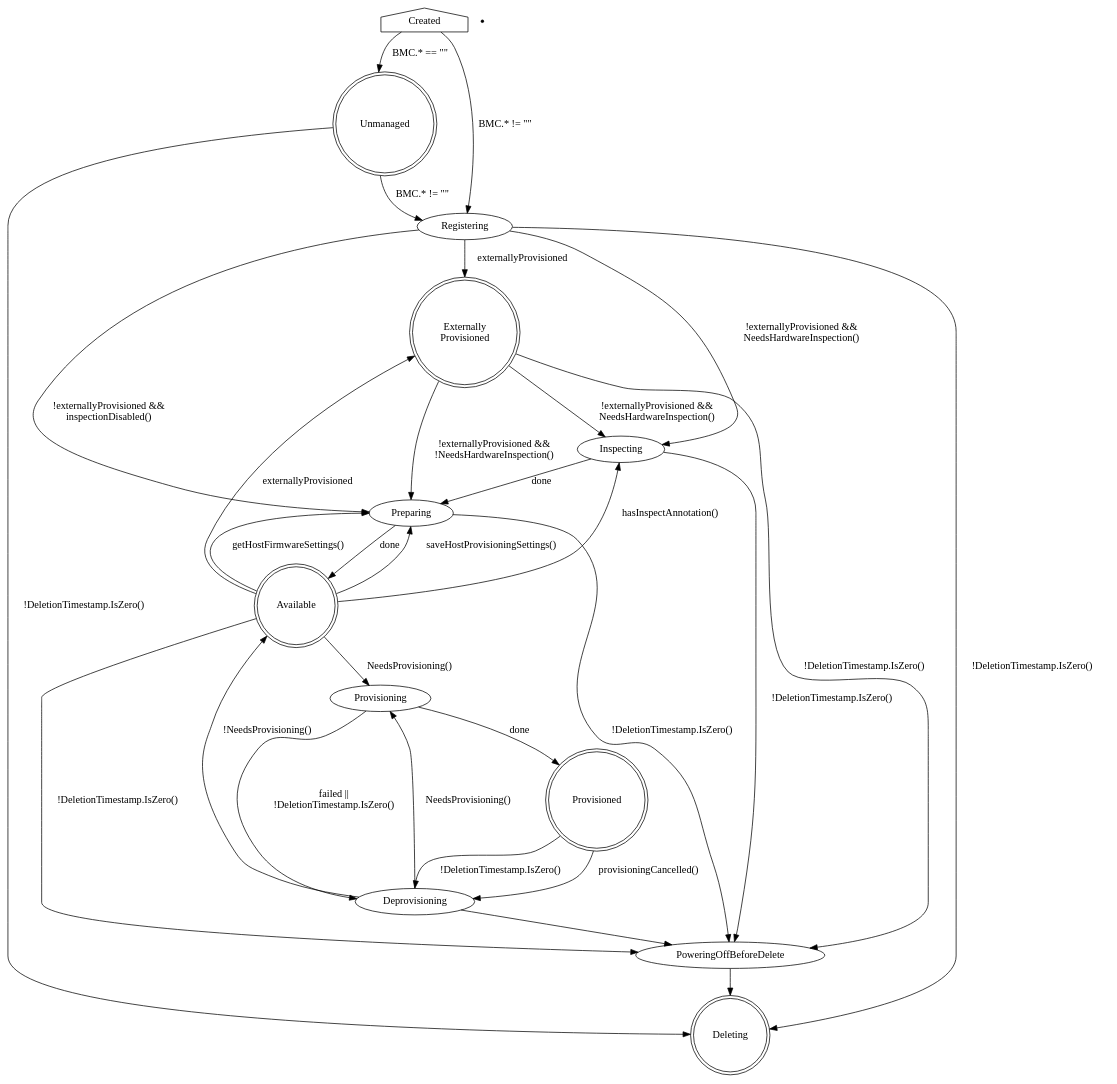
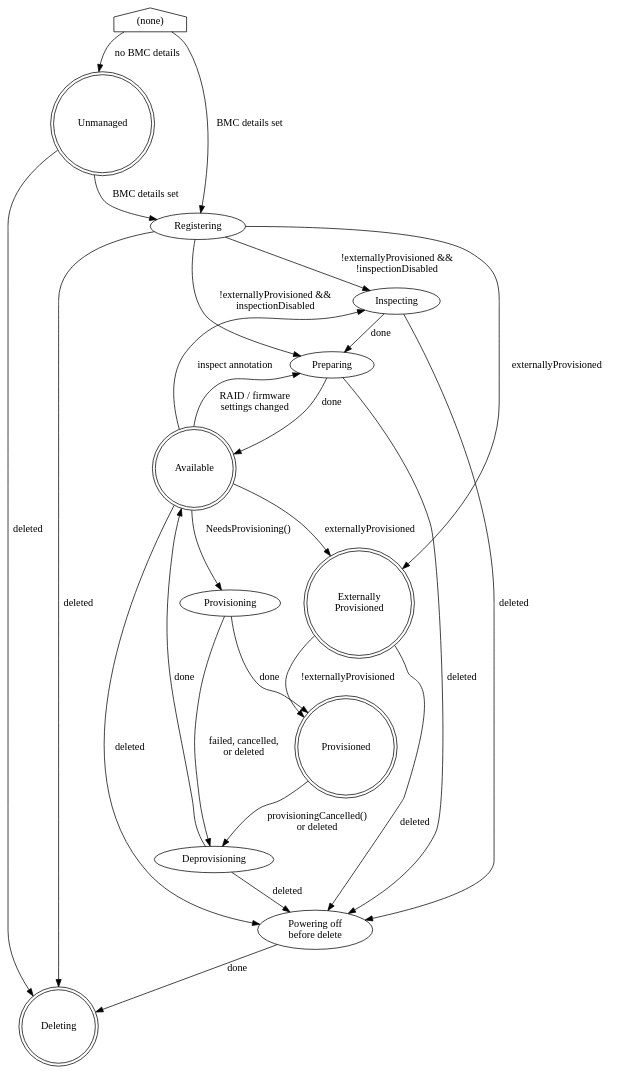
One commit to metal3-io/baremetal-operator changed the diagram in docs/BaremetalHost_ProvisioningState.dot. Above: the diagram before and after it, drawn with Graphviz. The commit also changed 8 other files, not shown here.

```diff
--- a/docs/BaremetalHost_ProvisioningState.dot
+++ b/docs/BaremetalHost_ProvisioningState.dot
@@ -1,53 +1,52 @@
 digraph BaremetalHost {
-    Created [shape=house]
-    Created -> Unmanaged [label="BMC.* == \"\""]
-    Created -> Registering [label="BMC.* != \"\""]
+    rankdir=TB
 
+    None [label="(none)", shape=house]
     Unmanaged [shape=doublecircle]
-    Unmanaged -> Registering [label="BMC.* != \"\""]
-    Unmanaged -> Deleting [label="!DeletionTimestamp.IsZero()"]
+    Registering
+    Inspecting
+    Preparing
+    Available [shape=doublecircle]
+    Provisioning
+    Provisioned [shape=doublecircle]
+    ExternallyProvisioned [label="Externally\nProvisioned", shape=doublecircle]
+    Deprovisioning
+    PoweringOffBeforeDelete [label="Powering off\nbefore delete"]
+    Deleting [shape=doublecircle]
 
-    ExternallyProvisioned [label="Externally\nProvisioned"]
+    None -> Unmanaged [label="no BMC details"]
+    None -> Registering [label="BMC details set"]
 
-    Registering -> Inspecting [label="!externallyProvisioned &&\nNeedsHardwareInspection()"]
-    Registering -> Preparing [label="!externallyProvisioned &&\ninspectionDisabled()"]
+    Unmanaged -> Registering [label="BMC details set"]
+    Unmanaged -> Deleting [label="deleted"]
+
+    Registering -> Inspecting [label="!externallyProvisioned &&\n!inspectionDisabled"]
+    Registering -> Preparing [label="!externallyProvisioned &&\ninspectionDisabled"]
     Registering -> ExternallyProvisioned [label="externallyProvisioned"]
-    Registering -> Deleting [label="!DeletionTimestamp.IsZero()"]
-
-    ExternallyProvisioned -> Inspecting [label="!externallyProvisioned &&\nNeedsHardwareInspection()"]
-    ExternallyProvisioned -> Preparing [label="!externallyProvisioned &&\n!NeedsHardwareInspection()"]
-    Available -> ExternallyProvisioned [label="externallyProvisioned"]
+    Registering -> Deleting [label="deleted"]
 
     Inspecting -> Preparing [label="done"]
-    Inspecting -> PoweringOffBeforeDelete [label="!DeletionTimestamp.IsZero()"]
+    Inspecting -> PoweringOffBeforeDelete [label="deleted"]
 
     Preparing -> Available [label="done"]
-    Preparing -> PoweringOffBeforeDelete [label="!DeletionTimestamp.IsZero()"]
+    Preparing -> PoweringOffBeforeDelete [label="deleted"]
 
-    Available [shape=doublecircle]
     Available -> Provisioning [label="NeedsProvisioning()"]
-    Available -> Preparing [label="saveHostProvisioningSettings()"]
-    Available -> Preparing [label="getHostFirmwareSettings()"]
-    Available -> PoweringOffBeforeDelete [label="!DeletionTimestamp.IsZero()"]
-    Available -> Inspecting [label="hasInspectAnnotation()"]
+    Available -> Preparing [label="RAID / firmware\nsettings changed"]
+    Available -> Inspecting [label="inspect annotation"]
+    Available -> ExternallyProvisioned [label="externallyProvisioned"]
+    Available -> PoweringOffBeforeDelete [label="deleted"]
 
-    Deleting7 [shape=point]
+    Provisioning -> Provisioned [label="done"]
+    Provisioning -> Deprovisioning [label="failed, cancelled,\nor deleted"]
 
-    Provisioning -> Provisioned [label=done]
-    Provisioning -> Deprovisioning [label="failed ||\n!DeletionTimestamp.IsZero()"]
+    Provisioned -> Deprovisioning [label="provisioningCancelled()\nor deleted"]
 
-    Provisioned [shape=doublecircle]
-    Provisioned -> Deprovisioning [label="provisioningCancelled()"]
-    Provisioned -> Deprovisioning [label="!DeletionTimestamp.IsZero()"]
+    ExternallyProvisioned -> Provisioned [label="!externallyProvisioned"]
+    ExternallyProvisioned -> PoweringOffBeforeDelete [label="deleted"]
 
-    ExternallyProvisioned [shape=doublecircle]
-    ExternallyProvisioned -> PoweringOffBeforeDelete [label="!DeletionTimestamp.IsZero()"]
+    Deprovisioning -> Available [label="done"]
+    Deprovisioning -> PoweringOffBeforeDelete [label="deleted"]
 
-    Deprovisioning -> Provisioning [label="NeedsProvisioning()"]
-    Deprovisioning -> Available [label="!NeedsProvisioning()"]
-
-    Deprovisioning -> PoweringOffBeforeDelete
-    PoweringOffBeforeDelete -> Deleting
-
-    Deleting [shape=doublecircle]
+    PoweringOffBeforeDelete -> Deleting [label="done"]
 }
```
